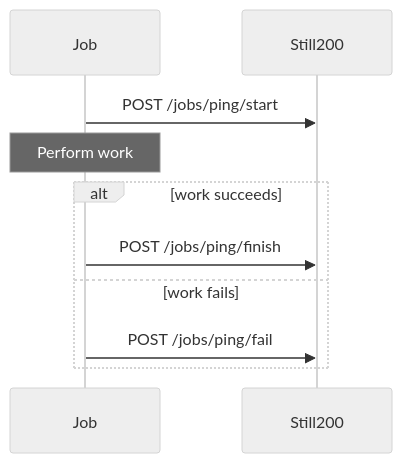
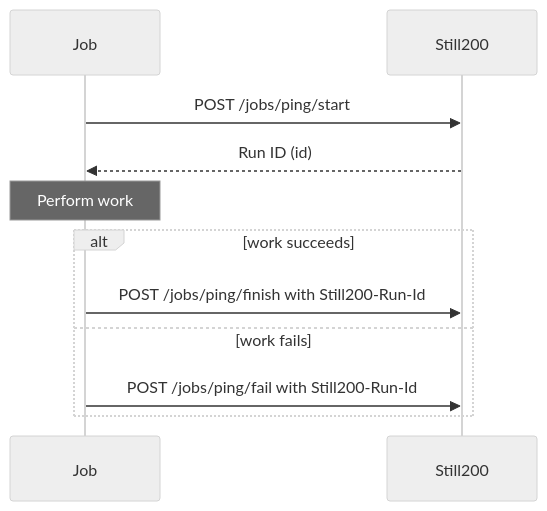
Before and after one commit to dennis-nw/still200-integration-guide: the diagram in scheduled-jobs/overview.mdx, drawn with Mermaid (neutral theme). The commit also changed 3 other files, not shown here.

````diff
--- a/scheduled-jobs/overview.mdx
+++ b/scheduled-jobs/overview.mdx
@@ -11,12 +11,13 @@
 ```mermaid
 sequenceDiagram
     participant Job
     participant Still200
     Job->>Still200: POST /jobs/ping/start
+    Still200-->>Job: Run ID (id)
     Note over Job: Perform work
     alt work succeeds
-        Job->>Still200: POST /jobs/ping/finish
+        Job->>Still200: POST /jobs/ping/finish with Still200-Run-Id
     else work fails
-        Job->>Still200: POST /jobs/ping/fail
+        Job->>Still200: POST /jobs/ping/fail with Still200-Run-Id
     end
 ```
````
